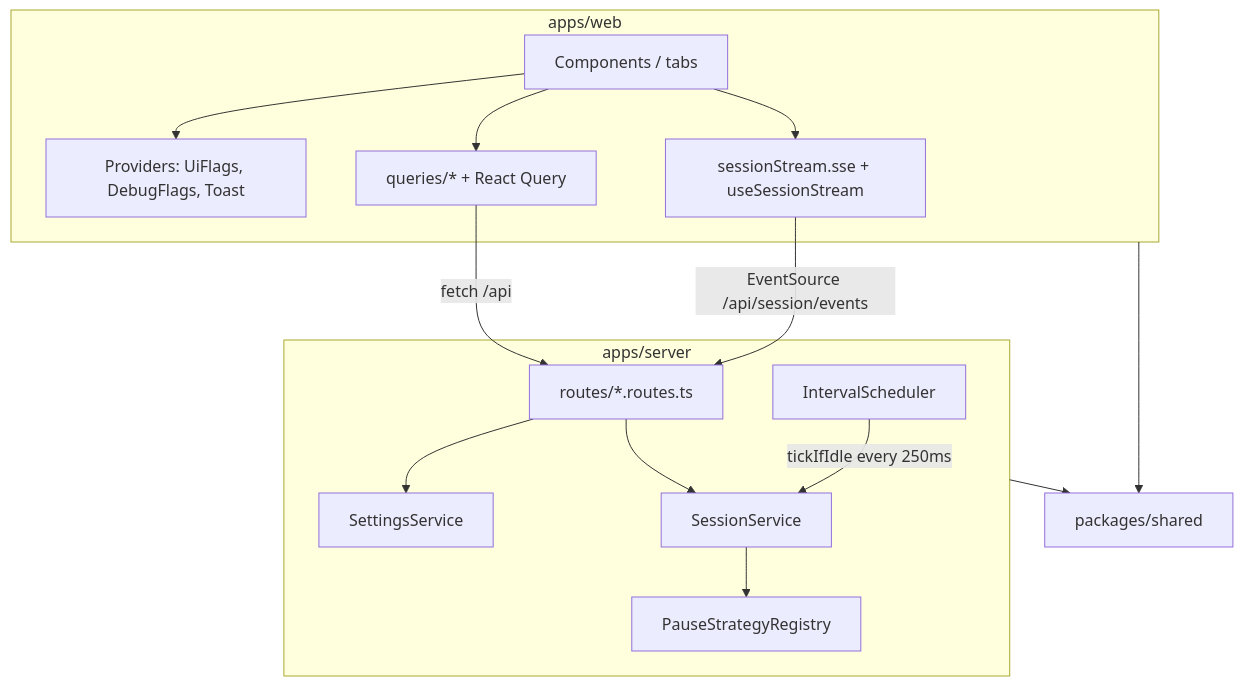
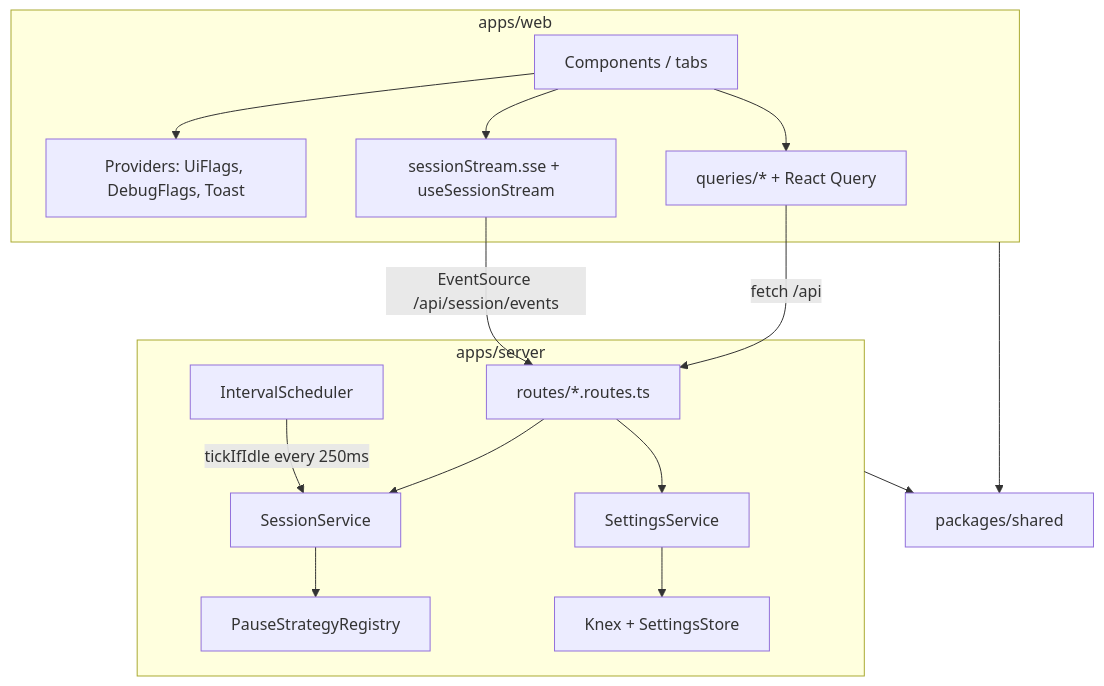
One commit to DKLokeswaran/flexi-pomodoro changed the first of 2 diagrams in docs/architecture.md. Above: the diagram before and after it, drawn with Mermaid. The commit also changed other lines of this file and 29 other files, not shown here.

First line of the commit message:
Add Knex/SQLite bootstrap and persist settings across restarts.

````diff
--- a/docs/architecture.md
+++ b/docs/architecture.md
@@ -19,30 +19,32 @@
 ```mermaid
 flowchart TB
   subgraph web ["apps/web"]
     UI["Components / tabs"]
     Prov["Providers: UiFlags, DebugFlags, Toast"]
     Q["queries/* + React Query"]
     SSE["sessionStream.sse + useSessionStream"]
     UI --> Prov
     UI --> Q
     UI --> SSE
   end
 
   subgraph server ["apps/server"]
     Routes["routes/*.routes.ts"]
     SettSvc["SettingsService"]
     SessSvc["SessionService"]
     Pause["PauseStrategyRegistry"]
     Sched["IntervalScheduler"]
+    DB["Knex + SettingsStore"]
     Routes --> SettSvc
     Routes --> SessSvc
+    SettSvc --> DB
     SessSvc --> Pause
     Sched -->|"tickIfIdle every 250ms"| SessSvc
   end
 
   Shared["packages/shared"]
   web --> Shared
   server --> Shared
   Q -->|"fetch /api"| Routes
   SSE -->|"EventSource /api/session/events"| Routes
 ```
````
